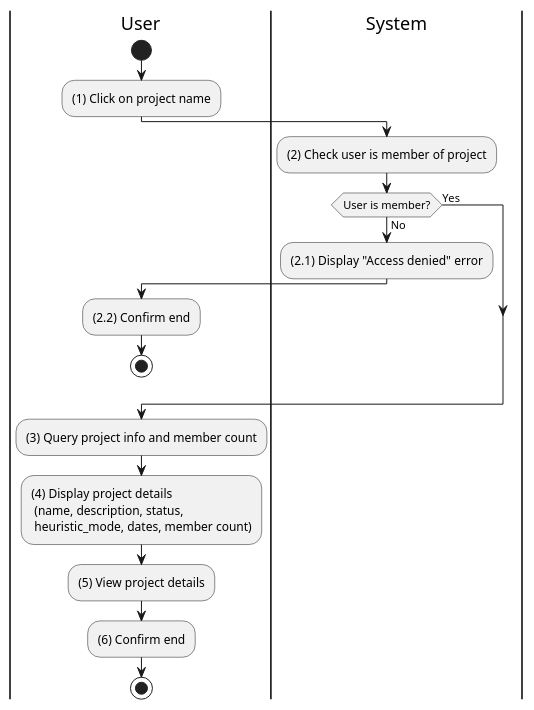
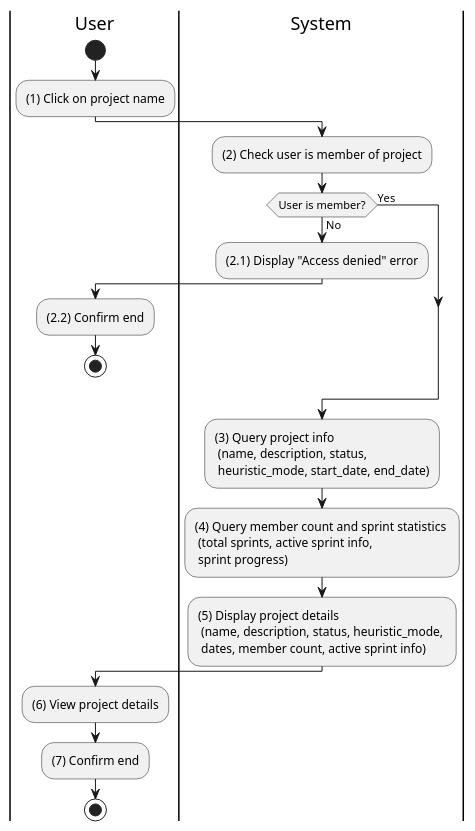
Before and after one commit to taskpilot-platform/taskpilot-platform.github.io: the diagram in docs/docs/activity/project-management/view-project-details.md, drawn with PlantUML. The commit also changed 14 other files, not shown here.

First line of the commit message:
feat(activity): expand batch 2 activity diagrams to ~40-50 lines

````diff
--- a/docs/docs/activity/project-management/view-project-details.md
+++ b/docs/docs/activity/project-management/view-project-details.md
@@ -3,30 +3,32 @@
 ```plantuml
 @startuml
 |U|User
 |S|System
 
 |U|
 start
 :(1) Click on project name;
 
 |S|
 :(2) Check user is member of project;
 
 if (User is member?) then (No)
   :(2.1) Display "Access denied" error;
   |U|
   :(2.2) Confirm end;
   stop
 else (Yes)
 endif
 
-:(3) Query project info and member count;
-:(4) Display project details \n (name, description, status, \n heuristic_mode, dates, member count);
+|S|
+:(3) Query project info \n (name, description, status, \n heuristic_mode, start_date, end_date);
+:(4) Query member count and sprint statistics \n (total sprints, active sprint info, \n sprint progress);
+:(5) Display project details \n (name, description, status, heuristic_mode, \n dates, member count, active sprint info);
 
 |U|
-:(5) View project details;
-:(6) Confirm end;
+:(6) View project details;
+:(7) Confirm end;
 
 stop
 @enduml
 ```
````
